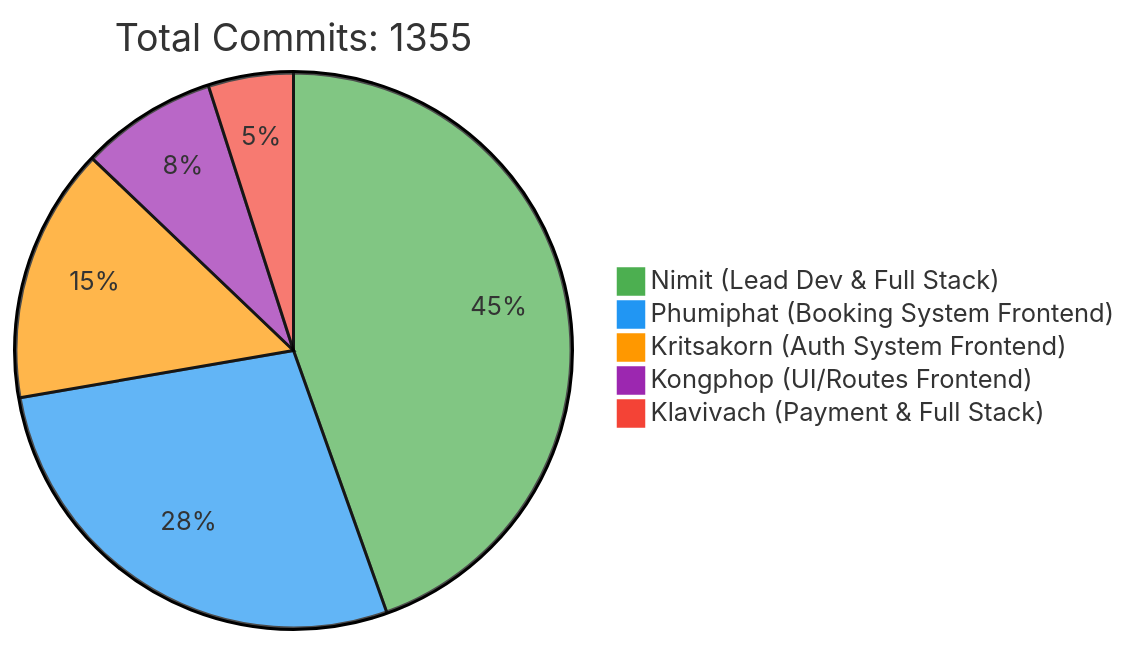
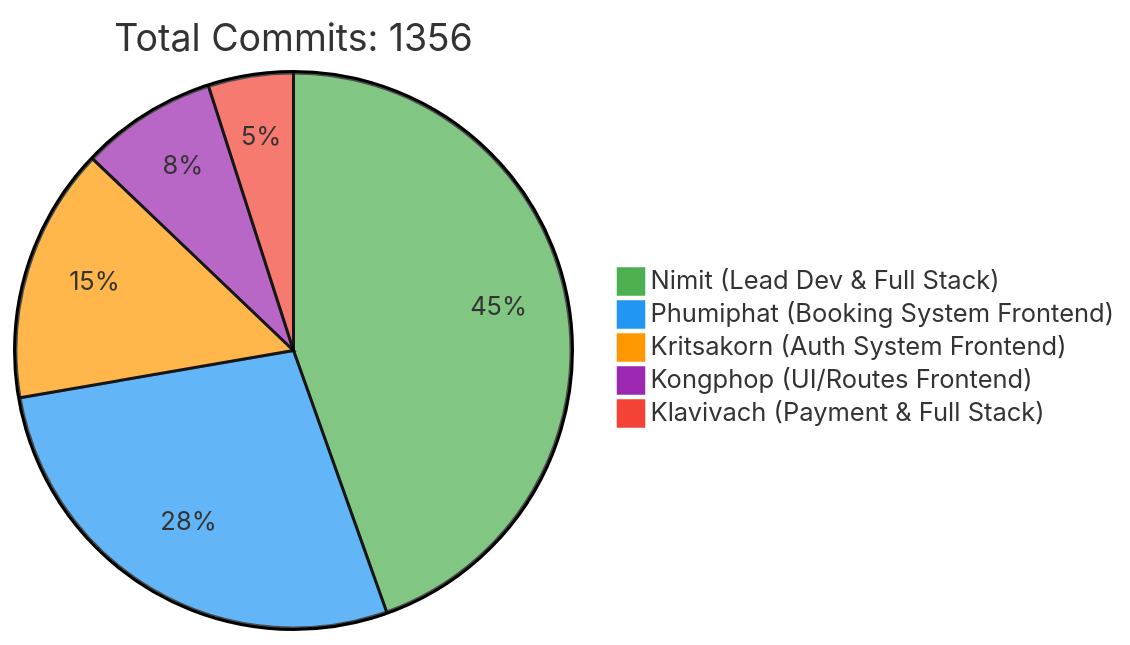
One commit to 6531503042/Sport-Complex changed the first of 2 diagrams in README.md. Above: the diagram before and after it, drawn with Mermaid. The commit also changed other lines of this file, not shown here.

Commit message:
docs: Update contributor statistics [skip ci]

````diff
--- a/README.md
+++ b/README.md
@@ -257,10 +257,10 @@
 ```mermaid
 %%{init: {'theme': 'base', 'themeVariables': { 'pie1': '#4CAF50', 'pie2': '#2196F3', 'pie3': '#FF9800', 'pie4': '#9C27B0', 'pie5': '#F44336'}}}%%
 pie
-    title Total Commits: 1355
+    title Total Commits: 1356
     "Nimit (Lead Dev & Full Stack)" : 450
     "Phumiphat (Booking System Frontend)" : 280
     "Kritsakorn (Auth System Frontend)" : 150
     "Kongphop (UI/Routes Frontend)" : 80
     "Klavivach (Payment & Full Stack)" : 50
 ```
````
